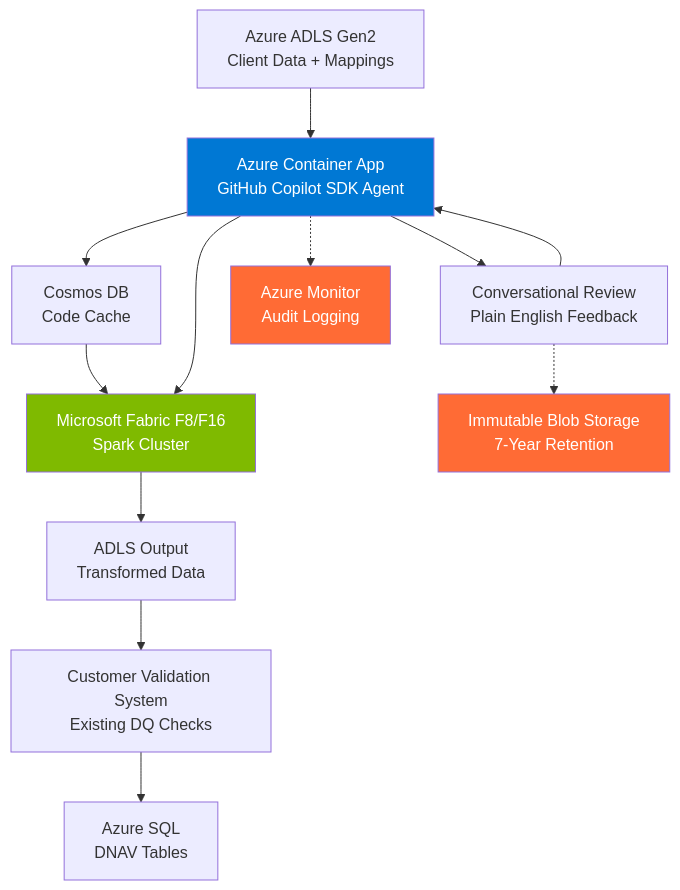
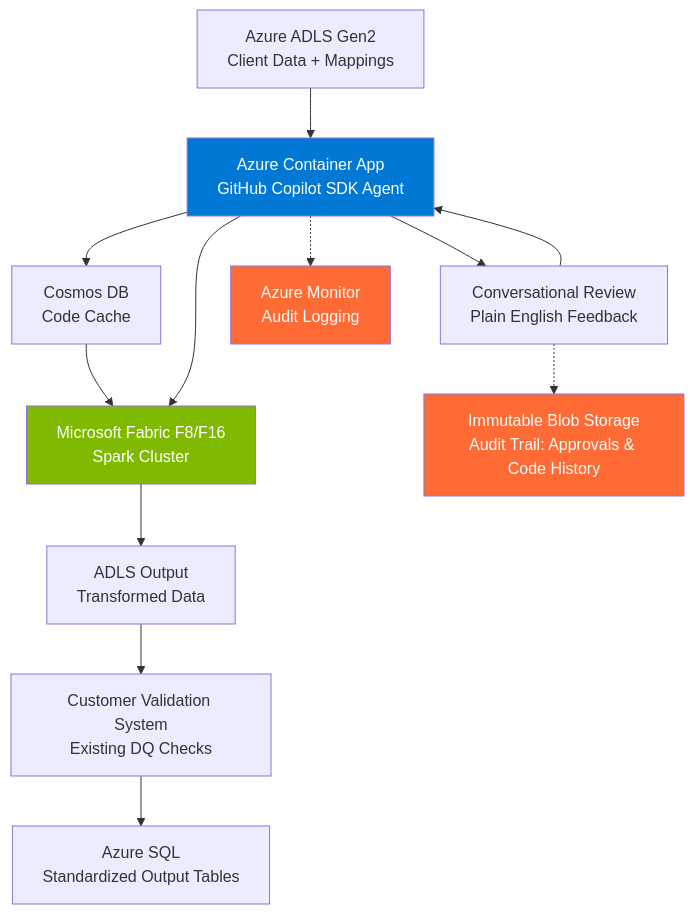
Before and after one commit to DanGiannone1/data-engineering-agent: the diagram in docs/design.md, drawn with Mermaid. The commit also changed other lines of this file and 1 other file, not shown here.

Commit message:
Add realistic cost model with 3 run types: new client onboarding, schema changes, and cache hit reruns. Clarify Cosmos DB vs immutable blob storage purposes.

````diff
--- a/docs/design.md
+++ b/docs/design.md
@@ -71,20 +84,20 @@
 ```mermaid
 graph TD
     A[Azure ADLS Gen2<br/>Client Data + Mappings] --> B[Azure Container App<br/>GitHub Copilot SDK Agent]
     B --> C[Conversational Review<br/>Plain English Feedback]
     C --> B
     B --> D[Cosmos DB<br/>Code Cache]
     D --> E[Microsoft Fabric F8/F16<br/>Spark Cluster]
     B --> E
     E --> F[ADLS Output<br/>Transformed Data]
     F --> G[Customer Validation System<br/>Existing DQ Checks]
-    G --> H[Azure SQL<br/>DNAV Tables]
+    G --> H[Azure SQL<br/>Standardized Output Tables]
     
     B -.-> I[Azure Monitor<br/>Audit Logging]
-    C -.-> J[Immutable Blob Storage<br/>7-Year Retention]
+    C -.-> J[Immutable Blob Storage<br/>Audit Trail: Approvals & Code History]
     
     style B fill:#0078d4,color:#fff
     style E fill:#7fba00,color:#fff
     style I fill:#ff6b35,color:#fff
     style J fill:#ff6b35,color:#fff
 ```
````
